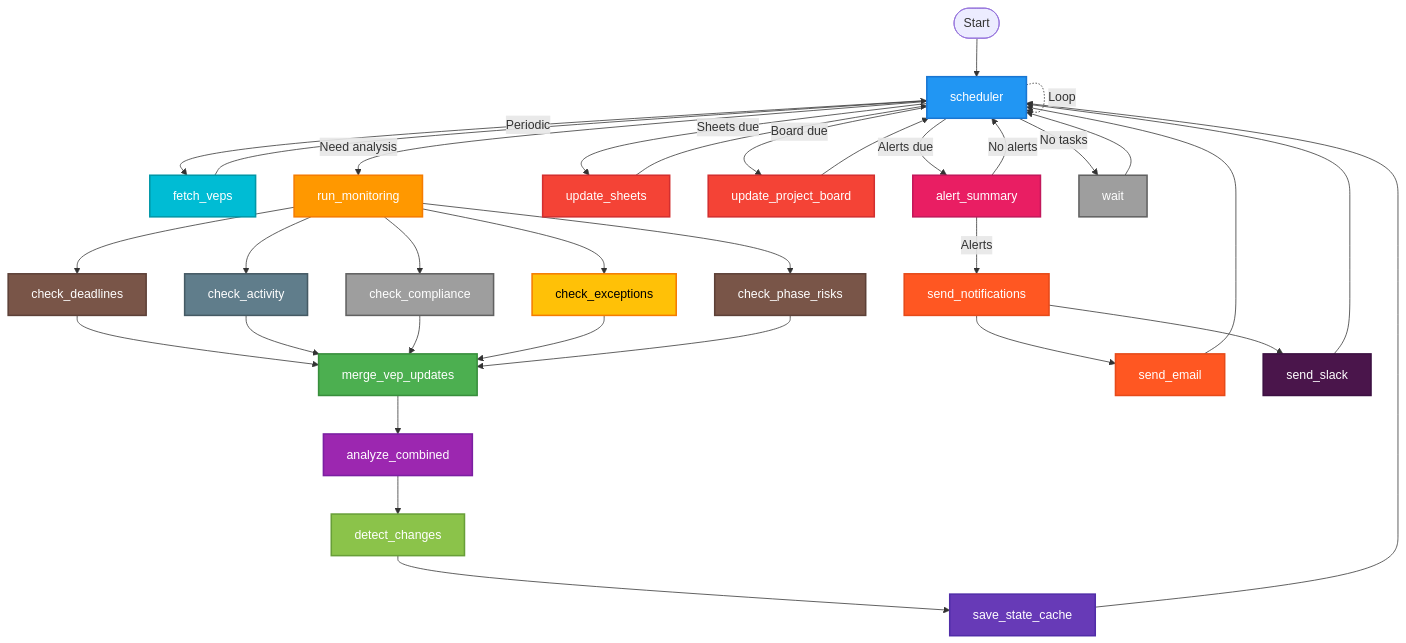
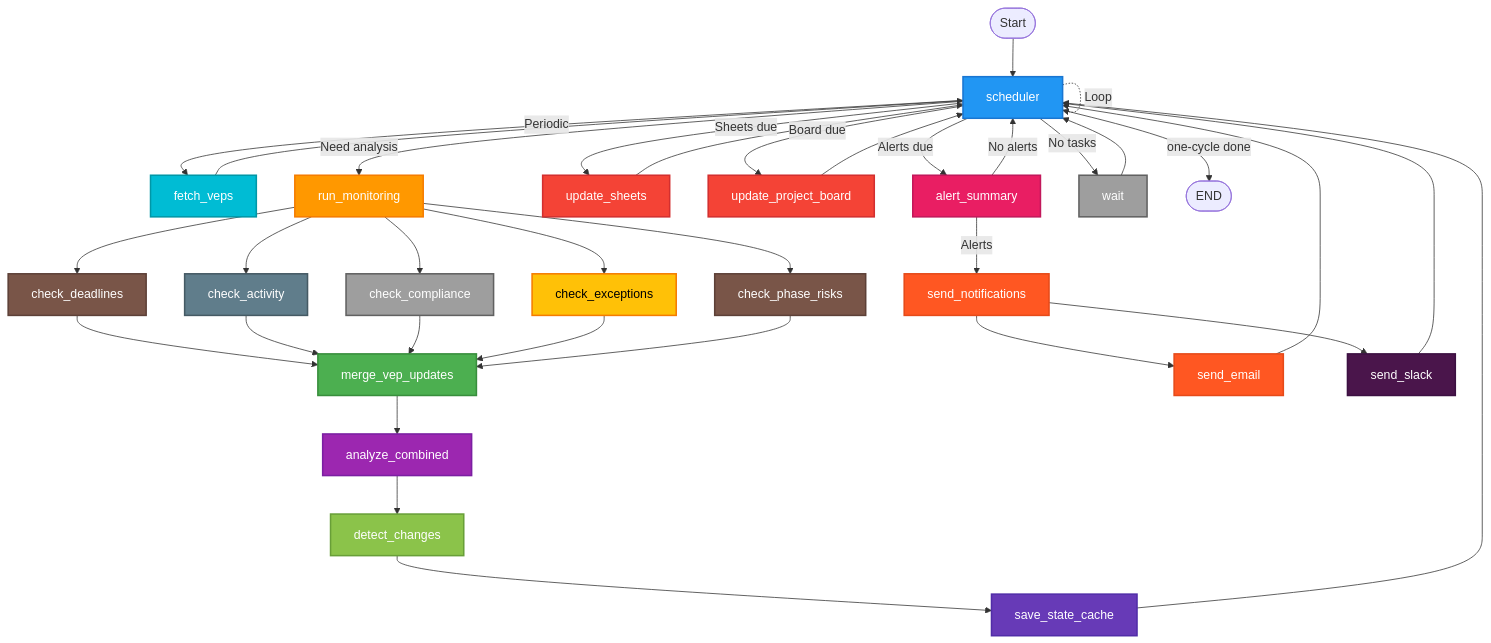
Before and after one commit to iholder101/vep-police-agent: the diagram in README.md, drawn with Mermaid. The commit also changed other lines of this file and 5 other files, not shown here.

````diff
--- a/README.md
+++ b/README.md
@@ -27,64 +27,65 @@
 ```mermaid
 graph TD
     Start([Start]) --> Scheduler[scheduler]
 
     Scheduler -->|Periodic| FetchVEPs[fetch_veps]
     Scheduler -->|Need analysis| RunMonitoring[run_monitoring]
     Scheduler -->|Sheets due| UpdateSheets[update_sheets]
     Scheduler -->|Board due| UpdateBoard[update_project_board]
     Scheduler -->|Alerts due| AlertSummary[alert_summary]
     Scheduler -->|No tasks| Wait[wait]
+    Scheduler -->|one-cycle done| End([END])
 
     FetchVEPs --> Scheduler
 
     RunMonitoring --> CheckDeadlines[check_deadlines]
     RunMonitoring --> CheckActivity[check_activity]
     RunMonitoring --> CheckCompliance[check_compliance]
     RunMonitoring --> CheckExceptions[check_exceptions]
     RunMonitoring --> CheckPhaseRisks[check_phase_risks]
 
     CheckDeadlines --> MergeUpdates[merge_vep_updates]
     CheckActivity --> MergeUpdates
     CheckCompliance --> MergeUpdates
     CheckExceptions --> MergeUpdates
     CheckPhaseRisks --> MergeUpdates
 
     MergeUpdates --> AnalyzeCombined[analyze_combined]
     AnalyzeCombined --> DetectChanges[detect_changes]
     DetectChanges --> SaveStateCache[save_state_cache]
     SaveStateCache --> Scheduler
 
     AlertSummary -->|Alerts| SendNotifications[send_notifications]
     AlertSummary -->|No alerts| Scheduler
 
     SendNotifications --> SendEmail[send_email]
     SendNotifications --> SendSlack[send_slack]
 
     UpdateSheets --> Scheduler
     UpdateBoard --> Scheduler
     SendEmail --> Scheduler
     SendSlack --> Scheduler
     Wait --> Scheduler
 
     Scheduler -.->|Loop| Scheduler
 
     style Scheduler fill:#2196F3,stroke:#1976D2,stroke-width:2px,color:#fff
     style RunMonitoring fill:#FF9800,stroke:#F57C00,stroke-width:2px,color:#fff
     style MergeUpdates fill:#4CAF50,stroke:#388E3C,stroke-width:2px,color:#fff
     style AnalyzeCombined fill:#9C27B0,stroke:#7B1FA2,stroke-width:2px,color:#fff
     style DetectChanges fill:#8BC34A,stroke:#689F38,stroke-width:2px,color:#fff
     style SaveStateCache fill:#673AB7,stroke:#512DA8,stroke-width:2px,color:#fff
     style UpdateSheets fill:#F44336,stroke:#D32F2F,stroke-width:2px,color:#fff
     style UpdateBoard fill:#F44336,stroke:#D32F2F,stroke-width:2px,color:#fff
     style FetchVEPs fill:#00BCD4,stroke:#0097A7,stroke-width:2px,color:#fff
     style CheckDeadlines fill:#795548,stroke:#5D4037,stroke-width:2px,color:#fff
     style CheckActivity fill:#607D8B,stroke:#455A64,stroke-width:2px,color:#fff
     style CheckCompliance fill:#9E9E9E,stroke:#616161,stroke-width:2px,color:#fff
     style CheckExceptions fill:#FFC107,stroke:#F57C00,stroke-width:2px,color:#000
     style CheckPhaseRisks fill:#795548,stroke:#5D4037,stroke-width:2px,color:#fff
     style AlertSummary fill:#E91E63,stroke:#C2185B,stroke-width:2px,color:#fff
     style SendNotifications fill:#FF5722,stroke:#E64A19,stroke-width:2px,color:#fff
     style SendEmail fill:#FF5722,stroke:#E64A19,stroke-width:2px,color:#fff
     style SendSlack fill:#4A154B,stroke:#3C1042,stroke-width:2px,color:#fff
     style Wait fill:#9E9E9E,stroke:#616161,stroke-width:2px,color:#fff
 ```
````
